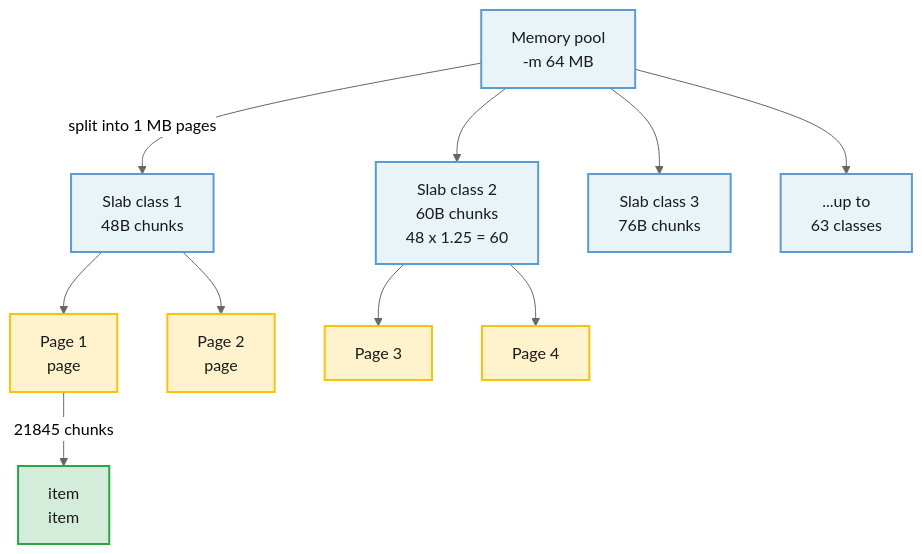
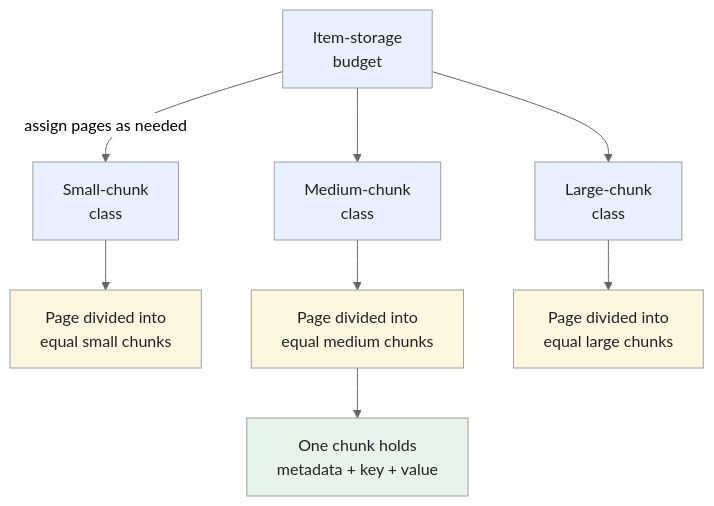
Before and after one commit to iliazlobin/iliazlobin.github.io: the second of 2 diagrams in _designs/tech-memcached.md, drawn with Mermaid (neutral theme). The commit also changed other lines of this file and 108 other files, not shown here.

````diff
--- a/_designs/tech-memcached.md
+++ b/_designs/tech-memcached.md
@@ -69,17 +80,16 @@
 ```mermaid
 flowchart TD
-    MEM[Memory pool<br/>-m 64 MB]-->|split into 1 MB pages|S1[Slab class 1<br/>48B chunks]
-    MEM-->S2[Slab class 2<br/>60B chunks<br/>48 x 1.25 = 60]
-    MEM-->S3[Slab class 3<br/>76B chunks]
-    MEM-->SN[...up to<br/>63 classes]
-    S1-->P1[Page 1<br/>page]-->|21845 chunks|I1[item<br/>item]
-    S1-->P2[Page 2<br/>page]
-    S2-->P3[Page 3]
-    S2-->P4[Page 4]
-    classDef slab fill:#e8f4f8,color:#1A1A1A,stroke:#5B9BD5,stroke-width:2px
-    classDef page fill:#fff3cd,color:#1A1A1A,stroke:#FFC107,stroke-width:2px
-    classDef item fill:#d4edda,color:#1A1A1A,stroke:#28A745,stroke-width:2px
-    class MEM,S1,S2,S3,SN slab
-    class P1,P2,P3,P4 page
+    MEM[Item-storage<br/>budget]-->|assign pages as needed|S1[Small-chunk<br/>class]
+    MEM-->S2[Medium-chunk<br/>class]
+    MEM-->S3[Large-chunk<br/>class]
+    S1-->P1[Page divided into<br/>equal small chunks]
+    S2-->P2[Page divided into<br/>equal medium chunks]
+    S3-->P3[Page divided into<br/>equal large chunks]
+    P2-->I1[One chunk holds<br/>metadata + key + value]
+    classDef slab fill:#e8f0fe,color:#202124,stroke:#9aa0a6,stroke-width:1px
+    classDef page fill:#fef7e0,color:#202124,stroke:#9aa0a6,stroke-width:1px
+    classDef item fill:#e6f4ea,color:#202124,stroke:#9aa0a6,stroke-width:1px
+    class MEM,S1,S2,S3 slab
+    class P1,P2,P3 page
     class I1 item
 ```
````
